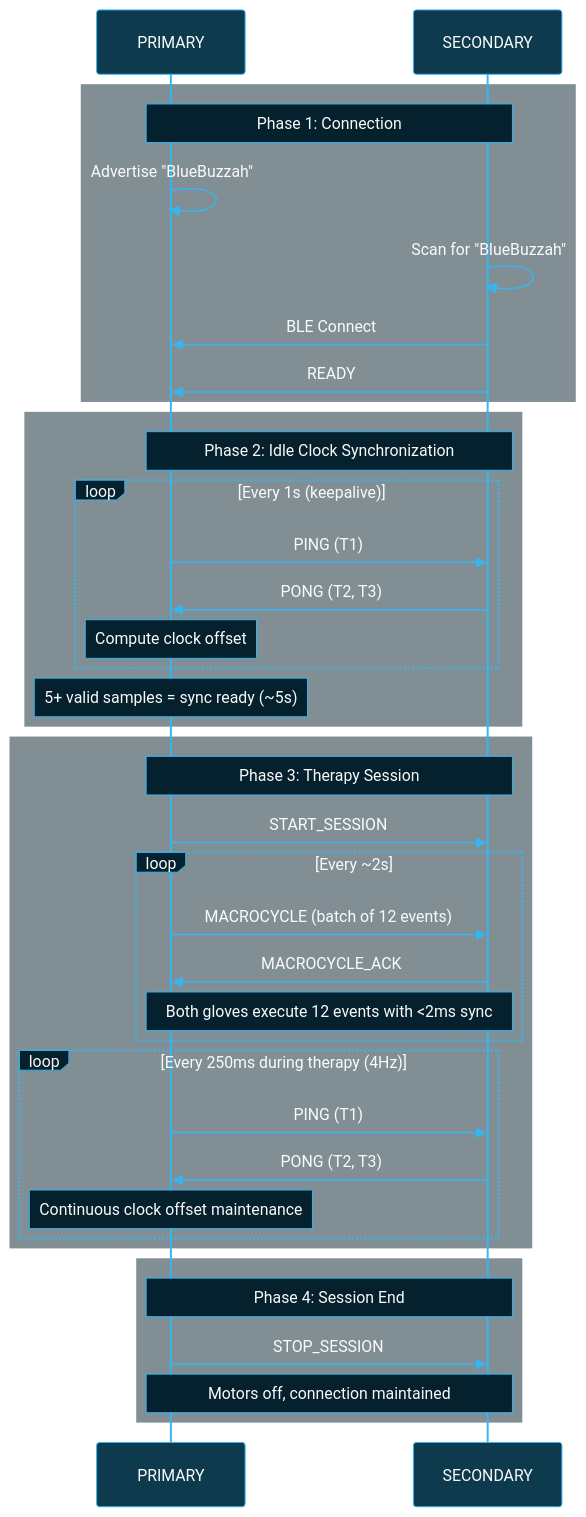
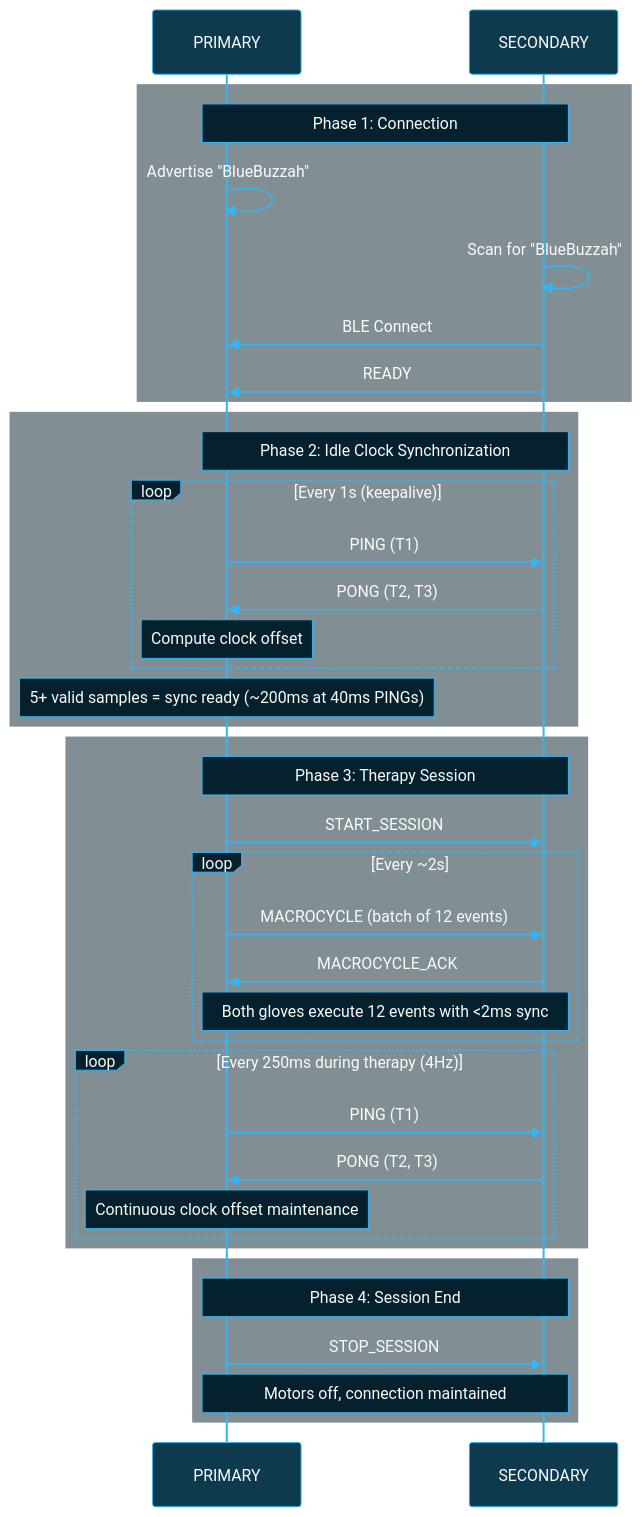
One commit to BlueBuzzah/BlueBuzzah-Firmware changed the first of 5 diagrams in docs/SYNCHRONIZATION_PROTOCOL.md. Above: the diagram before and after it, drawn with Mermaid. The commit also changed other lines of this file and 1 other file, not shown here.

First line of the commit message:
docs(sync): correct anchor roles and convergence times

````diff
--- a/docs/SYNCHRONIZATION_PROTOCOL.md
+++ b/docs/SYNCHRONIZATION_PROTOCOL.md
@@ -31,69 +31,69 @@
 ```mermaid
 %%{init: {'theme': 'base', 'themeVariables': {
   'primaryColor': '#0d3a4d',
   'primaryTextColor': '#fafafa',
   'primaryBorderColor': '#35B6F2',
   'lineColor': '#35B6F2',
   'secondaryColor': '#05212D',
   'tertiaryColor': '#0a0a0a',
   'background': '#0a0a0a',
   'actorBkg': '#0d3a4d',
   'actorBorder': '#35B6F2',
   'actorTextColor': '#fafafa',
   'actorLineColor': '#35B6F2',
   'signalColor': '#35B6F2',
   'signalTextColor': '#fafafa',
   'labelBoxBkgColor': '#05212D',
   'labelBoxBorderColor': '#35B6F2',
   'labelTextColor': '#fafafa',
   'loopTextColor': '#fafafa',
   'noteBkgColor': '#05212D',
   'noteBorderColor': '#35B6F2',
   'noteTextColor': '#fafafa',
   'activationBkgColor': '#0d3a4d',
   'activationBorderColor': '#35B6F2',
   'sequenceNumberColor': '#fafafa'
 }}}%%
 sequenceDiagram
     participant P as PRIMARY
     participant S as SECONDARY
 
     rect rgba(5, 33, 45, 0.5)
         Note over P,S: Phase 1: Connection
         P->>P: Advertise "BlueBuzzah"
         S->>S: Scan for "BlueBuzzah"
         S->>P: BLE Connect
         S->>P: READY
     end
 
     rect rgba(5, 33, 45, 0.5)
         Note over P,S: Phase 2: Idle Clock Synchronization
         loop Every 1s (keepalive)
             P->>S: PING (T1)
             S->>P: PONG (T2, T3)
             Note over P: Compute clock offset
         end
-        Note over P: 5+ valid samples = sync ready (~5s)
+        Note over P: 5+ valid samples = sync ready (~200ms at 40ms PINGs)
     end
 
     rect rgba(5, 33, 45, 0.5)
         Note over P,S: Phase 3: Therapy Session
         P->>S: START_SESSION
         loop Every ~2s
             P->>S: MACROCYCLE (batch of 12 events)
             S->>P: MACROCYCLE_ACK
             Note over P,S: Both gloves execute 12 events with <2ms sync
         end
         loop Every 250ms during therapy (4Hz)
             P->>S: PING (T1)
             S->>P: PONG (T2, T3)
             Note over P: Continuous clock offset maintenance
         end
     end
 
     rect rgba(5, 33, 45, 0.5)
         Note over P,S: Phase 4: Session End
         P->>S: STOP_SESSION
         Note over P,S: Motors off, connection maintained
     end
 ```
````
